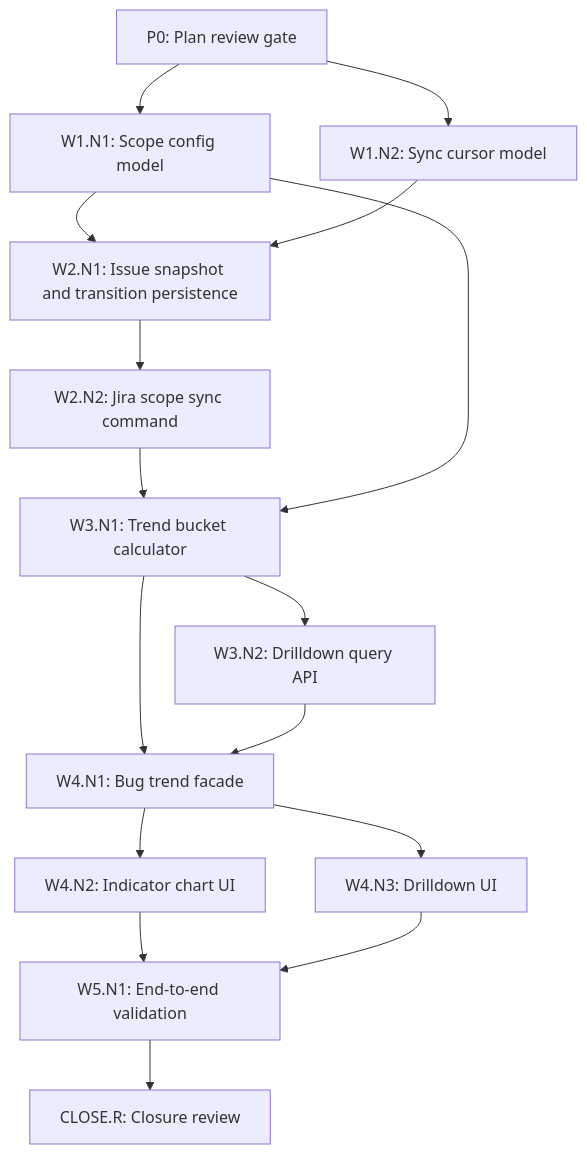
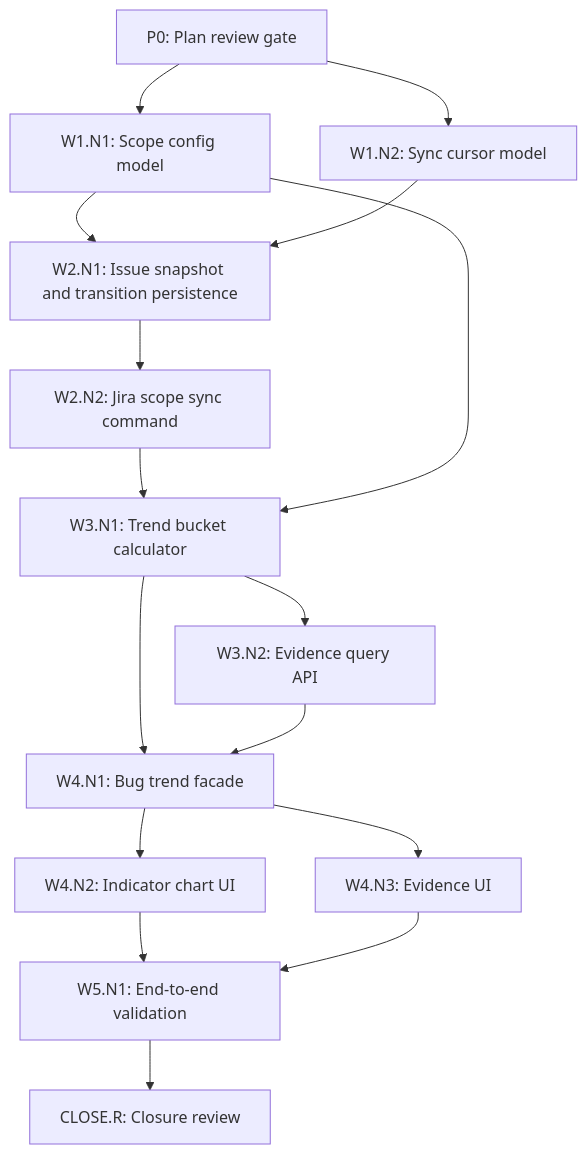
Before and after one commit to lsheng2/metrics: the third of 3 diagrams in docs/mvp-bug-trend-architecture-spec.md, drawn with Mermaid. The commit also changed other lines of this file and 25 other files, not shown here.

Commit message:
Add real Jira bug trend evidence flow

````diff
--- a/docs/mvp-bug-trend-architecture-spec.md
+++ b/docs/mvp-bug-trend-architecture-spec.md
@@ -707,18 +708,18 @@
 ```mermaid
 flowchart TD
     P0["P0: Plan review gate"] --> W1N1["W1.N1: Scope config model"]
     P0 --> W1N2["W1.N2: Sync cursor model"]
   W1N1 --> W2N1["W2.N1: Issue snapshot and transition persistence"]
     W1N2 --> W2N1
   W2N1 --> W2N2["W2.N2: Jira scope sync command"]
   W2N2 --> W3N1["W3.N1: Trend bucket calculator"]
     W1N1 --> W3N1
-    W3N1 --> W3N2["W3.N2: Drilldown query API"]
+    W3N1 --> W3N2["W3.N2: Evidence query API"]
     W3N1 --> W4N1["W4.N1: Bug trend facade"]
     W3N2 --> W4N1
     W4N1 --> W4N2["W4.N2: Indicator chart UI"]
-    W4N1 --> W4N3["W4.N3: Drilldown UI"]
+    W4N1 --> W4N3["W4.N3: Evidence UI"]
     W4N2 --> W5N1["W5.N1: End-to-end validation"]
     W4N3 --> W5N1
     W5N1 --> CR["CLOSE.R: Closure review"]
 ```
````
